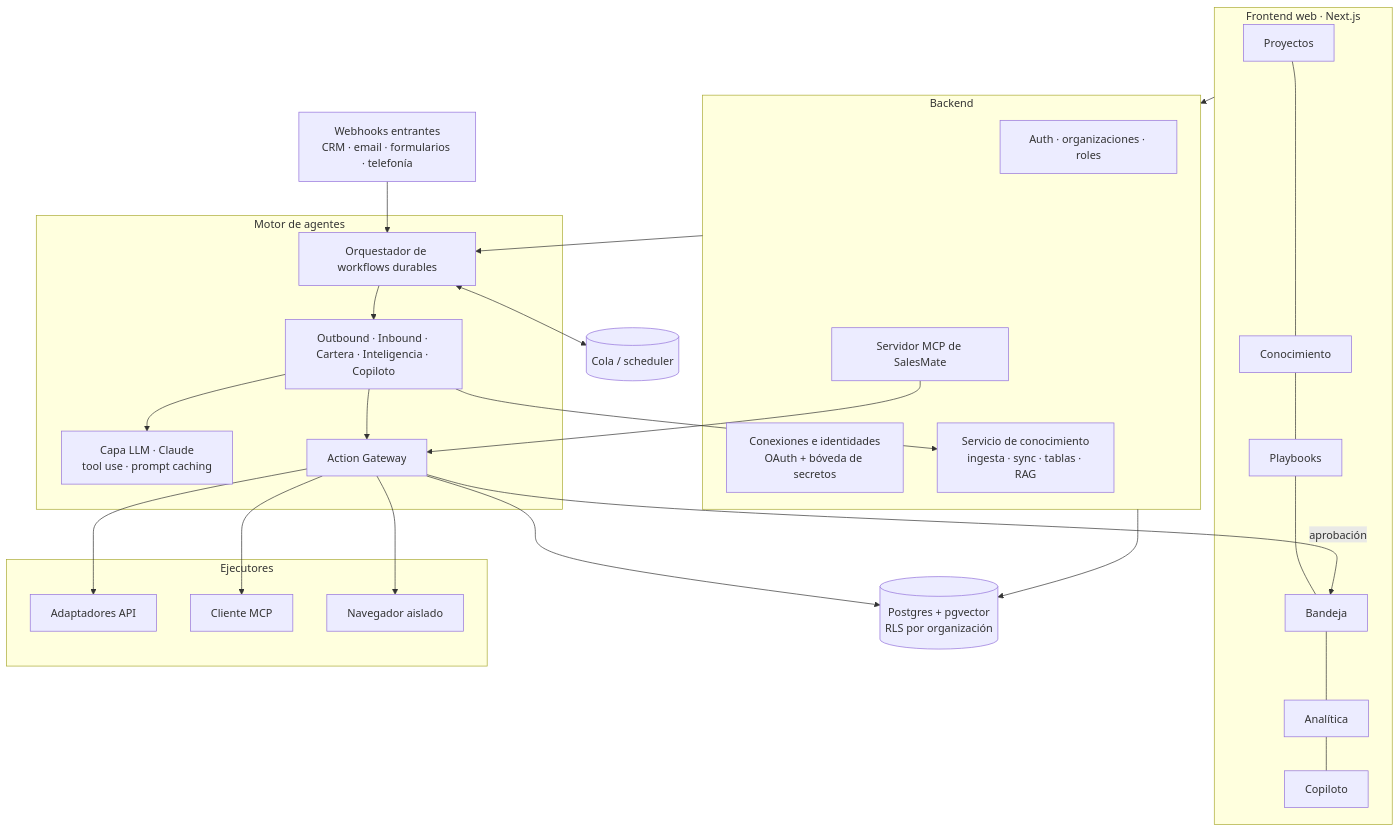
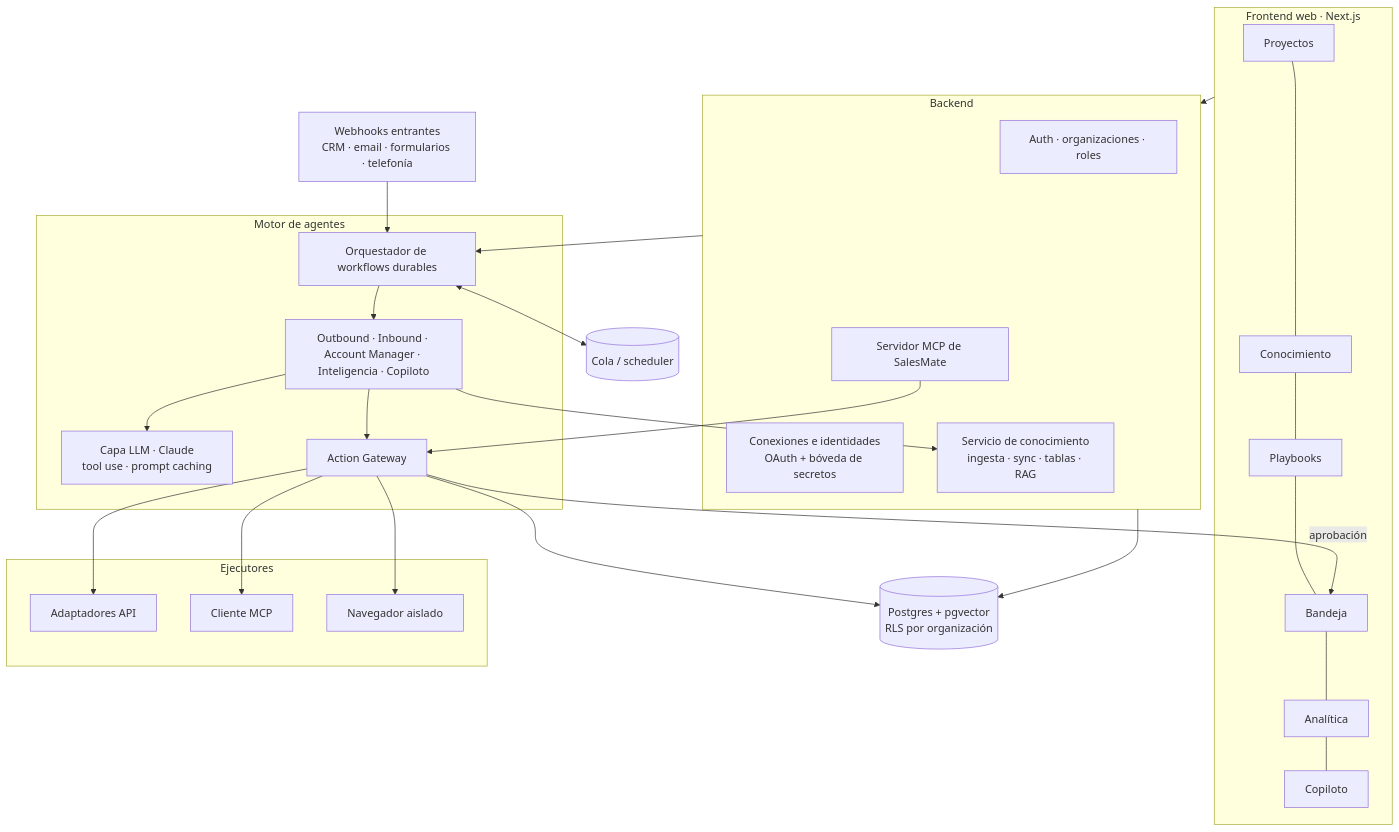
Before and after one commit to fredibaques/salesmate: the fifth of 5 diagrams in docs/PLAN.md, drawn with Mermaid. The commit also changed other lines of this file and 1 other file, not shown here.

First line of the commit message:
Rename portfolio agent to Account Manager and add satisfaction signals

````diff
--- a/docs/PLAN.md
+++ b/docs/PLAN.md
@@ -554,37 +568,37 @@
 ```mermaid
 flowchart TB
     subgraph UI[Frontend web · Next.js]
         P[Proyectos] --- K[Conocimiento] --- PB[Playbooks] --- Inbox[Bandeja] --- An[Analítica] --- Cop[Copiloto]
     end
     subgraph API[Backend]
         Auth[Auth · organizaciones · roles]
         Conn[Conexiones e identidades<br/>OAuth + bóveda de secretos]
         KS[Servicio de conocimiento<br/>ingesta · sync · tablas · RAG]
         MCPS[Servidor MCP de SalesMate]
     end
     subgraph Engine[Motor de agentes]
         Orch[Orquestador de workflows durables]
-        Agents[Outbound · Inbound · Cartera · Inteligencia · Copiloto]
+        Agents[Outbound · Inbound · Account Manager · Inteligencia · Copiloto]
         LLM[Capa LLM · Claude<br/>tool use · prompt caching]
         GW[Action Gateway]
     end
     subgraph Exec[Ejecutores]
         APIs[Adaptadores API]
         MCPC[Cliente MCP]
         BR[Navegador aislado]
     end
     DB[(Postgres + pgvector<br/>RLS por organización)]
     Q[(Cola / scheduler)]
     Hooks[Webhooks entrantes<br/>CRM · email · formularios · telefonía]
 
     UI --> API --> DB
     API --> Orch
     Hooks --> Orch
     Orch <--> Q
     Orch --> Agents --> LLM
     Agents --> KS
     Agents --> GW --> APIs & MCPC & BR
     GW --> DB
     GW -- aprobación --> Inbox
     MCPS --> GW
 ```
````
